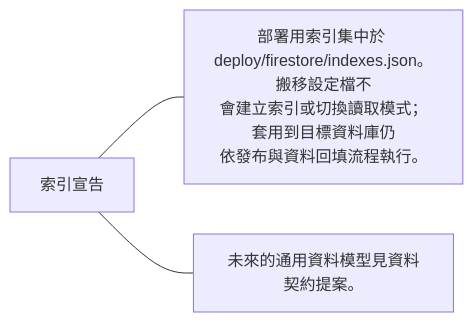
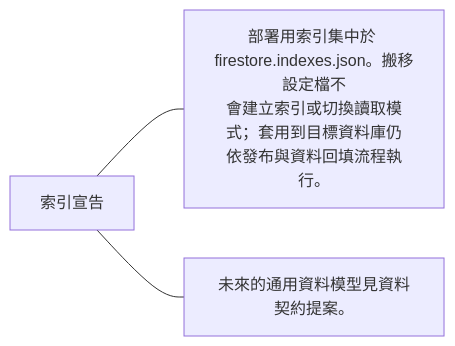
Before and after one commit to 963sup/line-mini-app-bot: the second of 2 diagrams in docs/architecture/storage/firestore.md, drawn with Mermaid. The commit also changed other lines of this file and 14 other files, not shown here.

Commit message:
Move Firestore indexes to the root Firebase manifest

````diff
--- a/docs/architecture/storage/firestore.md
+++ b/docs/architecture/storage/firestore.md
@@ -19,8 +31,8 @@
 ```mermaid
 flowchart LR
   h["索引宣告"]
-  h --- n0["部署用索引集中於 <br/>deploy/firestore/indexes.json。搬移設定檔不<br/>會建立索引或切換讀取模式；套用到目標資料庫仍<br/>依發布與資料回填流程執行。"]
-  click n0 "../../../deploy/firestore/indexes.json"
+  h --- n0["部署用索引集中於 <br/>firestore.indexes.json。搬移設定檔不<br/>會建立索引或切換讀取模式；套用到目標資料庫仍<br/>依發布與資料回填流程執行。"]
+  click n0 "../../../firestore.indexes.json"
   h --- n1["未來的通用資料模型見資料契約提案。"]
   click n1 "../../proposals/firestore-data-contracts.md#邏輯關係非資料庫外鍵"
 ```
````
